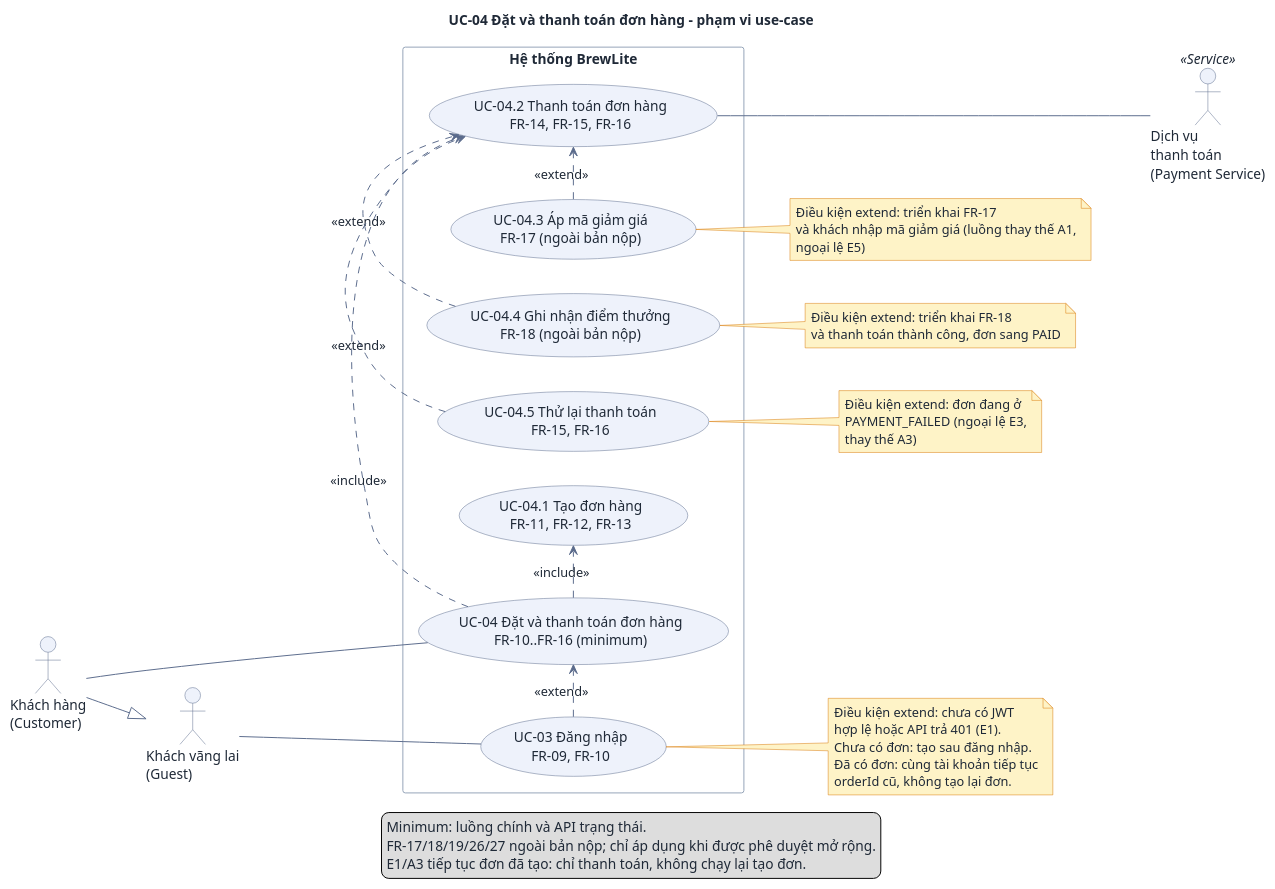
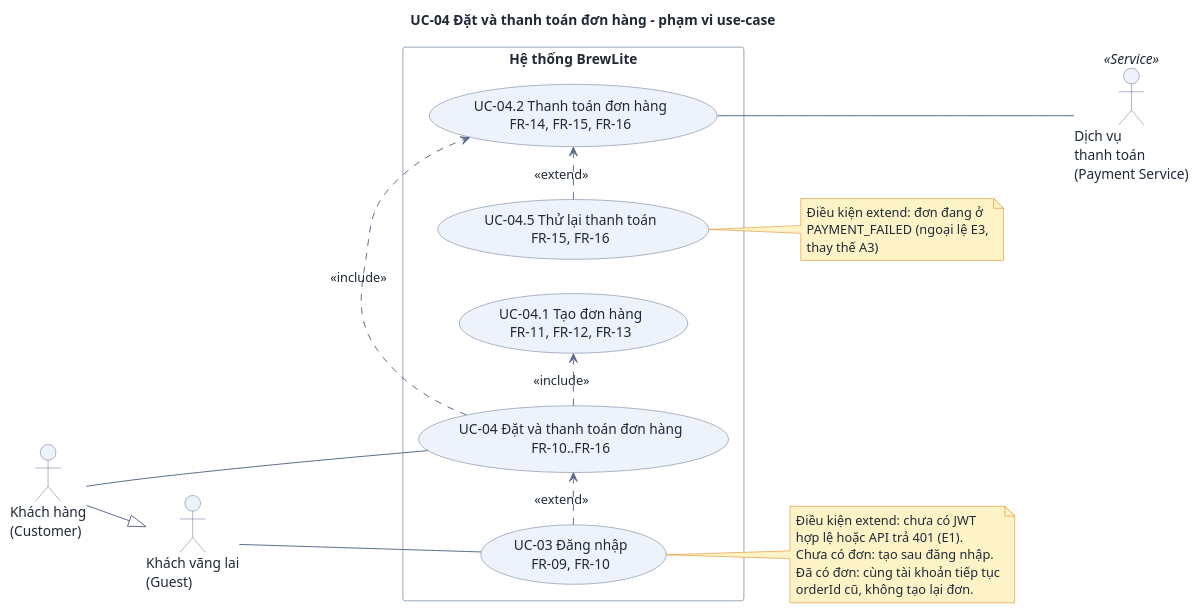
Before and after one commit to DuVinhLoi/BrewLite: the diagram in docs/requirements/uc-checkout.puml, drawn with PlantUML. The commit also changed 5 other files, not shown here.

First line of the commit message:
docs(requirements): drop out-of-scope use cases from diagrams

```diff
--- a/docs/requirements/uc-checkout.puml
+++ b/docs/requirements/uc-checkout.puml
@@ -1,79 +1,58 @@
 @startuml uc-checkout
 ' BrewLite A2 - Use-case diagram cho UC-04 "Dat va thanh toan don hang" (de A2 3.3). Dac ta: docs/requirements/uc-checkout.md
 skinparam DefaultFontColor #1f2937
 skinparam ArrowColor #5b6b8c
 skinparam ArrowFontColor #1f2937
 skinparam RectangleBackgroundColor #ffffff
 skinparam RectangleBorderColor #94a3b8
 skinparam ActorBackgroundColor #eef2fb
 skinparam ActorBorderColor #5b6b8c
 skinparam UsecaseBackgroundColor #eef2fb
 skinparam UsecaseBorderColor #5b6b8c
 skinparam NoteBackgroundColor #fef3c7
 skinparam NoteBorderColor #d97706
 skinparam Shadowing false
 
 left to right direction
 
 title UC-04 Đặt và thanh toán đơn hàng - phạm vi use-case
 
 actor "Khách vãng lai\n(Guest)" as Guest
 actor "Khách hàng\n(Customer)" as Customer
 actor "Dịch vụ\nthanh toán\n(Payment Service)" as Pay <<Service>>
 
 Customer --|> Guest
 
 rectangle "Hệ thống BrewLite" {
-  usecase "UC-04 Đặt và thanh toán đơn hàng\nFR-10..FR-16 (minimum)" as UC04
+  usecase "UC-04 Đặt và thanh toán đơn hàng\nFR-10..FR-16" as UC04
   usecase "UC-04.1 Tạo đơn hàng\nFR-11, FR-12, FR-13" as UC041
   usecase "UC-04.2 Thanh toán đơn hàng\nFR-14, FR-15, FR-16" as UC042
-  usecase "UC-04.3 Áp mã giảm giá\nFR-17 (ngoài bản nộp)" as UC043
-  usecase "UC-04.4 Ghi nhận điểm thưởng\nFR-18 (ngoài bản nộp)" as UC044
   usecase "UC-04.5 Thử lại thanh toán\nFR-15, FR-16" as UC045
   usecase "UC-03 Đăng nhập\nFR-09, FR-10" as UC03
 }
 
 Customer --- UC04
 Guest --- UC03
 
 UC04 .> UC041 : <<include>>
 UC04 .> UC042 : <<include>>
-UC043 .> UC042 : <<extend>>
-UC044 .> UC042 : <<extend>>
 UC045 .> UC042 : <<extend>>
 UC03 .> UC04 : <<extend>>
 
 UC042 --- Pay
 
 note right of UC03
   Điều kiện extend: chưa có JWT
   hợp lệ hoặc API trả 401 (E1).
   Chưa có đơn: tạo sau đăng nhập.
   Đã có đơn: cùng tài khoản tiếp tục
   orderId cũ, không tạo lại đơn.
 end note
 
-note right of UC043
-  Điều kiện extend: triển khai FR-17
-  và khách nhập mã giảm giá (luồng thay thế A1,
-  ngoại lệ E5)
-end note
-
-note right of UC044
-  Điều kiện extend: triển khai FR-18
-  và thanh toán thành công, đơn sang PAID
-end note
-
 note right of UC045
   Điều kiện extend: đơn đang ở
   PAYMENT_FAILED (ngoại lệ E3,
   thay thế A3)
 end note
 
-legend bottom
-  Minimum: luồng chính và API trạng thái.
-  FR-17/18/19/26/27 ngoài bản nộp; chỉ áp dụng khi được phê duyệt mở rộng.
-  E1/A3 tiếp tục đơn đã tạo: chỉ thanh toán, không chạy lại tạo đơn.
-endlegend
-
 @enduml
```
